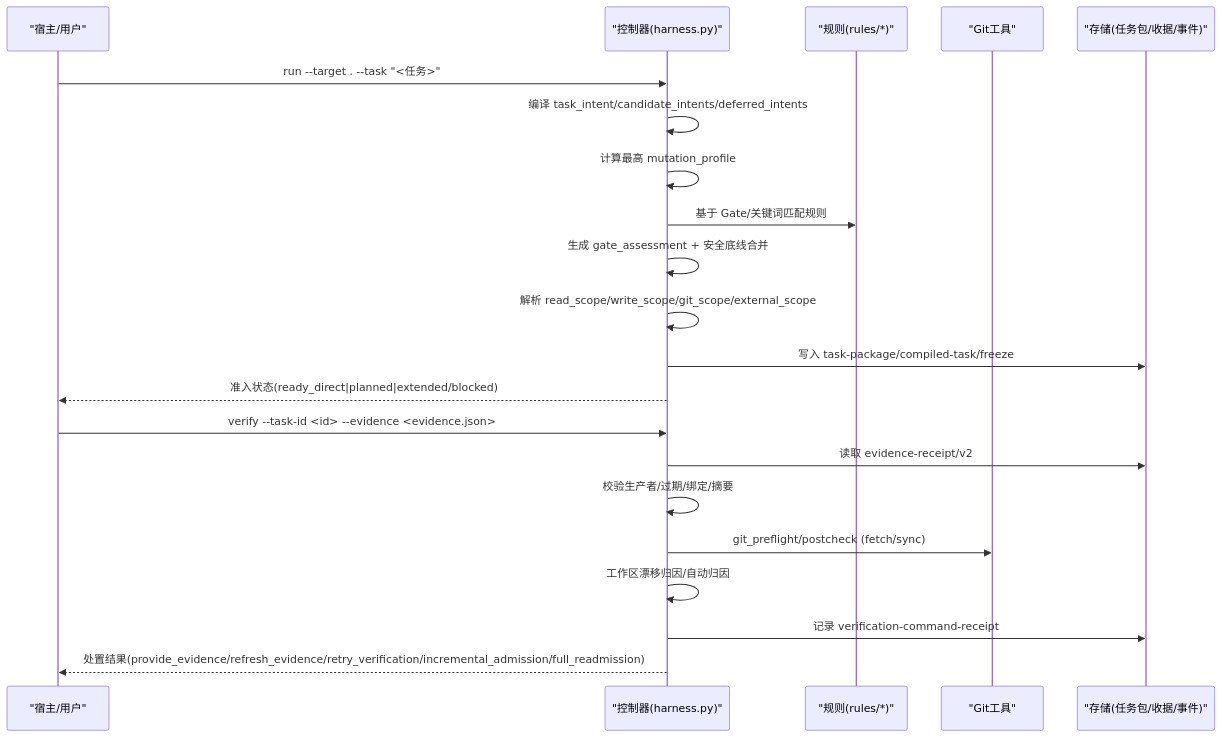
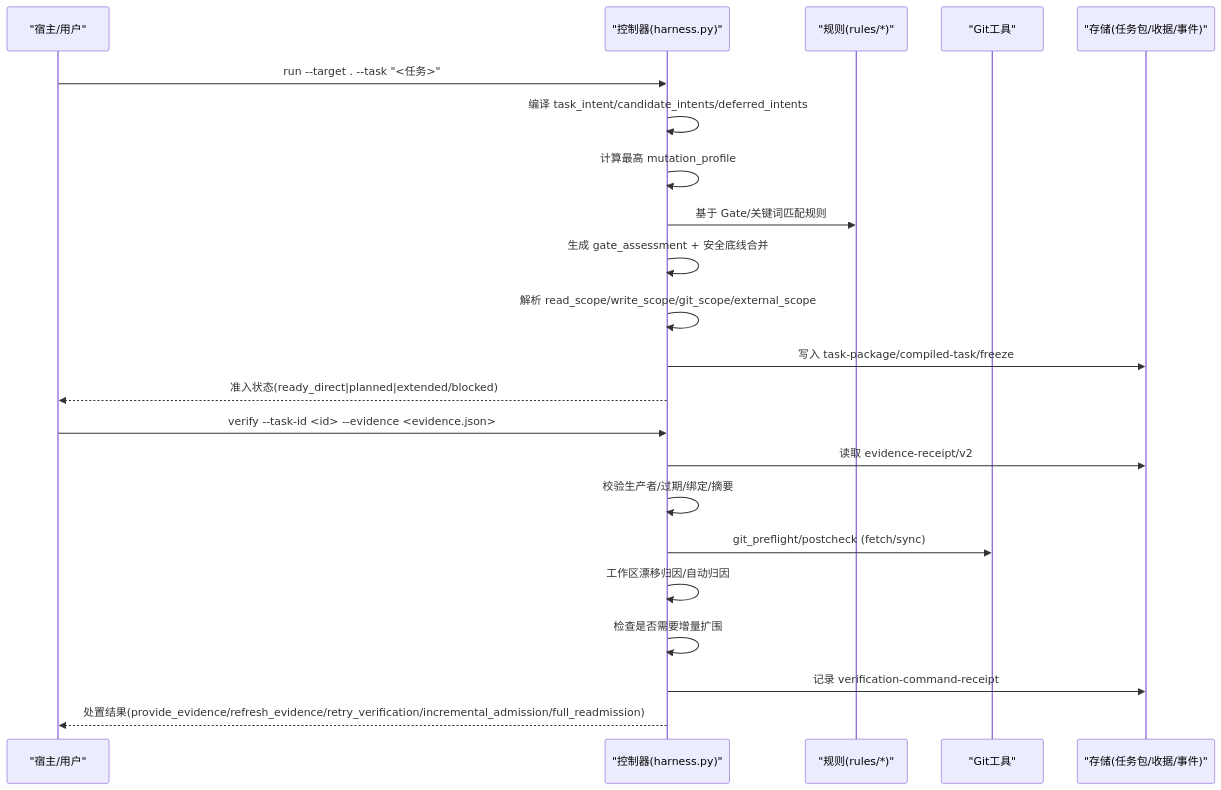
One commit to HackSing/docs-harness changed the second of 9 diagrams in .qoder/repowiki/zh/content/任务管理/范围评估与授权.md. Above: the diagram before and after it, drawn with Mermaid. The commit also changed other lines of this file and 45 other files, not shown here.

First line of the commit message:
feat(harness): v1.7.6 按变更面选择验证强度、git_commit 受控意图与关键词 Gate 路由移除

````diff
--- a/.qoder/repowiki/zh/content/任务管理/范围评估与授权.md
+++ b/.qoder/repowiki/zh/content/任务管理/范围评估与授权.md
@@ -79,23 +94,24 @@
 ```mermaid
 sequenceDiagram
 participant U as "宿主/用户"
 participant H as "控制器(harness.py)"
 participant R as "规则(rules/*)"
 participant G as "Git工具"
 participant S as "存储(任务包/收据/事件)"
 U->>H : run --target . --task "<任务>"
 H->>H : 编译 task_intent/candidate_intents/deferred_intents
 H->>H : 计算最高 mutation_profile
 H->>R : 基于 Gate/关键词匹配规则
 H->>H : 生成 gate_assessment + 安全底线合并
 H->>H : 解析 read_scope/write_scope/git_scope/external_scope
 H->>S : 写入 task-package/compiled-task/freeze
 H-->>U : 准入状态(ready_direct|planned|extended/blocked)
 U->>H : verify --task-id <id> --evidence <evidence.json>
 H->>S : 读取 evidence-receipt/v2
 H->>H : 校验生产者/过期/绑定/摘要
 H->>G : git_preflight/postcheck (fetch/sync)
 H->>H : 工作区漂移归因/自动归因
+H->>H : 检查是否需要增量扩围
 H->>S : 记录 verification-command-receipt
 H-->>U : 处置结果(provide_evidence/refresh_evidence/retry_verification/incremental_admission/full_readmission)
 ```
````
